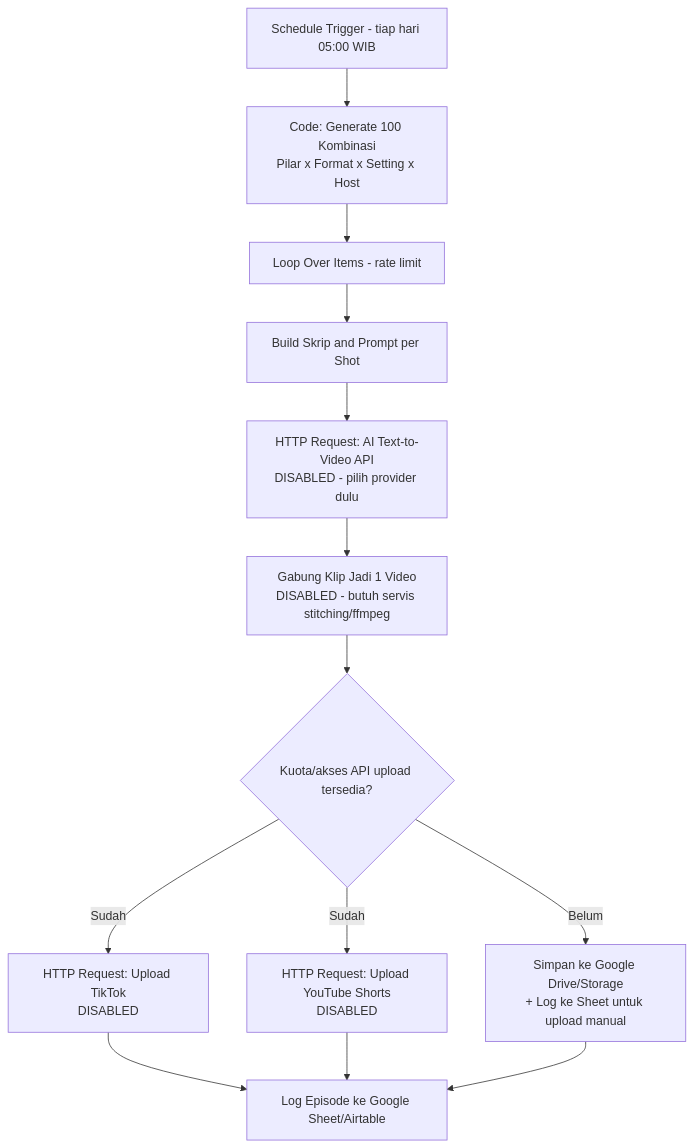
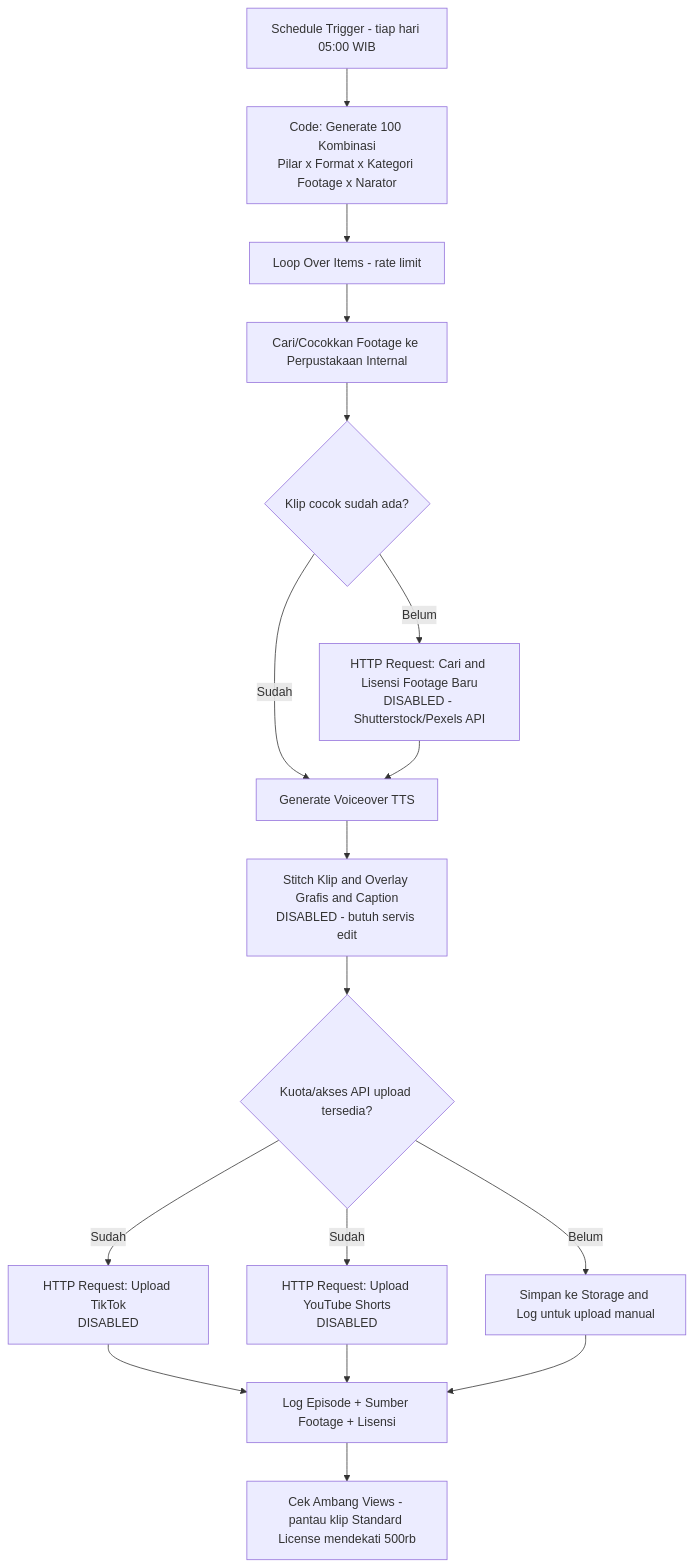
One commit to AEROPP/social-media-skills changed the diagram in automation/n8n-workflow-kopi-sumatra.md. Above: the diagram before and after it, drawn with Mermaid. The commit also changed other lines of this file and 15 other files, not shown here.

````diff
--- a/automation/n8n-workflow-kopi-sumatra.md
+++ b/automation/n8n-workflow-kopi-sumatra.md
@@ -31,15 +35,19 @@
 ```mermaid
 flowchart TD
-    A[Schedule Trigger - tiap hari 05:00 WIB] --> B[Code: Generate 100 Kombinasi<br/>Pilar x Format x Setting x Host]
+    A[Schedule Trigger - tiap hari 05:00 WIB] --> B[Code: Generate 100 Kombinasi<br/>Pilar x Format x Kategori Footage x Narator]
     B --> C[Loop Over Items - rate limit]
-    C --> D[Build Skrip and Prompt per Shot]
-    D --> E[HTTP Request: AI Text-to-Video API<br/>DISABLED - pilih provider dulu]
-    E --> F[Gabung Klip Jadi 1 Video<br/>DISABLED - butuh servis stitching/ffmpeg]
-    F --> G{Kuota/akses API upload tersedia?}
-    G -- Belum --> H[Simpan ke Google Drive/Storage<br/>+ Log ke Sheet untuk upload manual]
-    G -- Sudah --> I[HTTP Request: Upload TikTok<br/>DISABLED]
-    G -- Sudah --> J[HTTP Request: Upload YouTube Shorts<br/>DISABLED]
-    I --> K[Log Episode ke Google Sheet/Airtable]
-    J --> K
-    H --> K
+    C --> D[Cari/Cocokkan Footage ke Perpustakaan Internal]
+    D --> E{Klip cocok sudah ada?}
+    E -- Belum --> F[HTTP Request: Cari and Lisensi Footage Baru<br/>DISABLED - Shutterstock/Pexels API]
+    E -- Sudah --> G[Generate Voiceover TTS]
+    F --> G
+    G --> H[Stitch Klip and Overlay Grafis and Caption<br/>DISABLED - butuh servis edit]
+    H --> I{Kuota/akses API upload tersedia?}
+    I -- Belum --> J[Simpan ke Storage and Log untuk upload manual]
+    I -- Sudah --> K[HTTP Request: Upload TikTok<br/>DISABLED]
+    I -- Sudah --> L[HTTP Request: Upload YouTube Shorts<br/>DISABLED]
+    K --> M[Log Episode + Sumber Footage + Lisensi]
+    L --> M
+    J --> M
+    M --> N[Cek Ambang Views - pantau klip Standard License mendekati 500rb]
 ```
````
